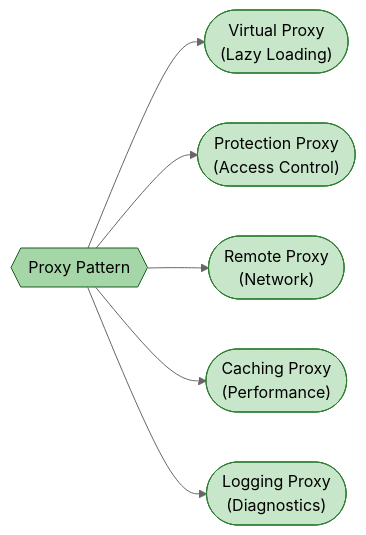
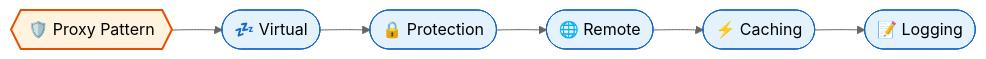
Before and after one commit to saivamsikaruturi/vamsilabs-dev-notes-main: the fourth of 4 diagrams in docs/designpatterns/structuralDesignPatterns/Proxydesignpattern.md, drawn with Mermaid (neutral theme). The commit also changed other lines of this file and 42 other files, not shown here.

````diff
--- a/docs/designpatterns/structuralDesignPatterns/Proxydesignpattern.md
+++ b/docs/designpatterns/structuralDesignPatterns/Proxydesignpattern.md
@@ -75,22 +70,15 @@
 ```mermaid
 flowchart LR
-    Proxy{{"Proxy Pattern"}}
-    Virtual(["Virtual Proxy\n(Lazy Loading)"])
-    Protection(["Protection Proxy\n(Access Control)"])
-    Remote(["Remote Proxy\n(Network)"])
-    Cache(["Caching Proxy\n(Performance)"])
-    Logging(["Logging Proxy\n(Diagnostics)"])
+    Proxy{{"🛡️ Proxy Pattern"}} --> Virtual(["💤 Virtual"])
+    Virtual --> Protection(["🔒 Protection"])
+    Protection --> Remote(["🌐 Remote"])
+    Remote --> Cache(["⚡ Caching"])
+    Cache --> Logging(["📝 Logging"])
 
-    Proxy --> Virtual
-    Proxy --> Protection
-    Proxy --> Remote
-    Proxy --> Cache
-    Proxy --> Logging
-
-    style Proxy fill:#a5d6a7,stroke:#1b5e20,color:#000
-    style Virtual fill:#c8e6c9,stroke:#2e7d32,color:#000
-    style Protection fill:#c8e6c9,stroke:#2e7d32,color:#000
-    style Remote fill:#c8e6c9,stroke:#2e7d32,color:#000
-    style Cache fill:#c8e6c9,stroke:#2e7d32,color:#000
-    style Logging fill:#c8e6c9,stroke:#2e7d32,color:#000
+    style Proxy fill:#FFF3E0,stroke:#E65100,stroke-width:2px,color:#000
+    style Virtual fill:#E3F2FD,stroke:#1565C0,color:#000
+    style Protection fill:#E3F2FD,stroke:#1565C0,color:#000
+    style Remote fill:#E3F2FD,stroke:#1565C0,color:#000
+    style Cache fill:#E3F2FD,stroke:#1565C0,color:#000
+    style Logging fill:#E3F2FD,stroke:#1565C0,color:#000
 ```
````
